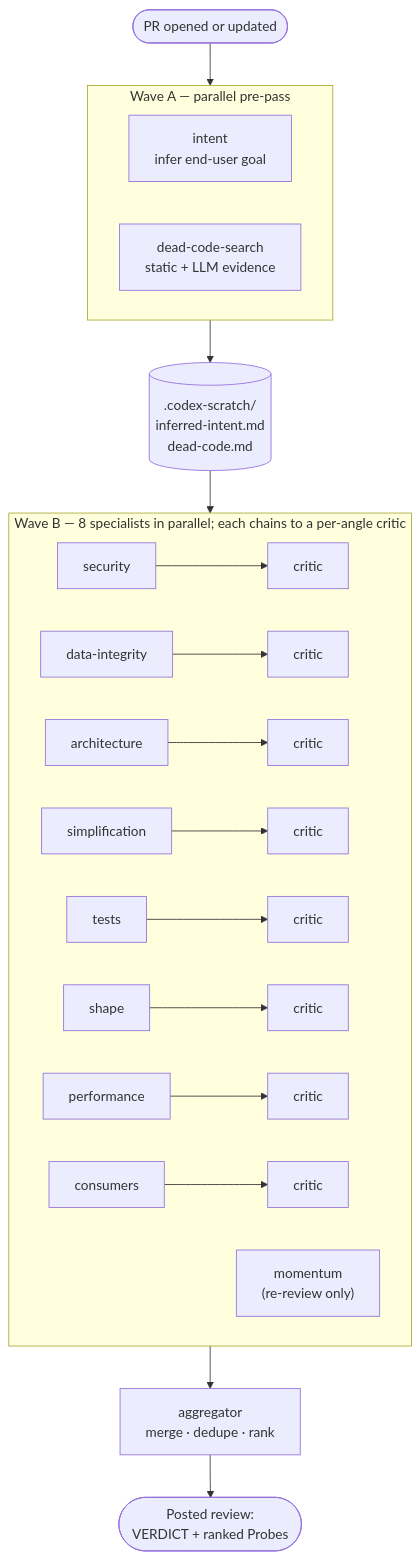
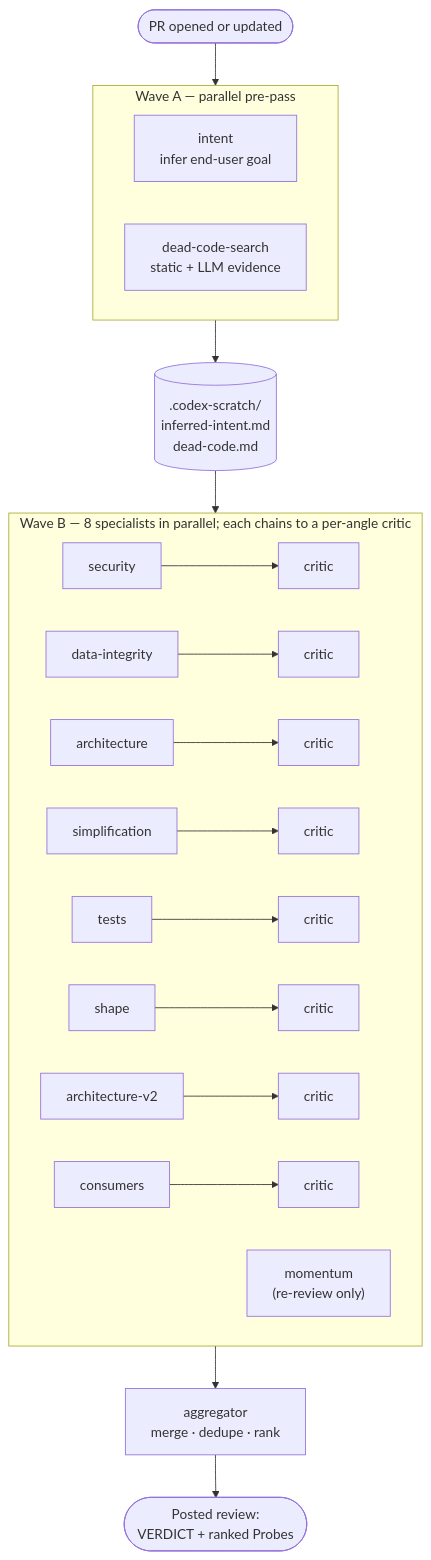
Before and after one commit to plow-pbc/knightwatch-reviewer: the diagram in README.md, drawn with Mermaid. The commit also changed other lines of this file, not shown here.

Commit message:
docs(README): swap performance for architecture-v2 in Wave B
README still listed performance in the Wave B prose + Mermaid graph
after PR #79's roster swap. Update both surfaces so the documented
architecture matches the runtime SPECIALISTS tuple.

````diff
--- a/README.md
+++ b/README.md
@@ -34,29 +34,29 @@
 ```mermaid
 flowchart TB
     PR([PR opened or updated]) --> WA
 
     subgraph WA[Wave A — parallel pre-pass]
         direction LR
         intent[intent<br/>infer end-user goal]
         dcs[dead-code-search<br/>static + LLM evidence]
     end
 
     WA --> scratch[(.codex-scratch/<br/>inferred-intent.md<br/>dead-code.md)]
     scratch --> WB
 
     subgraph WB[Wave B — 8 specialists in parallel; each chains to a per-angle critic]
         direction LR
         sec[security] --> ksec[critic]
         di[data-integrity] --> kdi[critic]
         arch[architecture] --> karch[critic]
         simp[simplification] --> ksimp[critic]
         tst[tests] --> ktst[critic]
         shp[shape] --> kshp[critic]
-        perf[performance] --> kperf[critic]
+        archv2["architecture-v2"] --> karchv2[critic]
         cons[consumers] --> kcons[critic]
         mom["momentum<br/>(re-review only)"]
     end
 
     WB --> agg["aggregator<br/>merge · dedupe · rank"]
     agg --> out([Posted review:<br/>VERDICT + ranked Probes])
 ```
````
